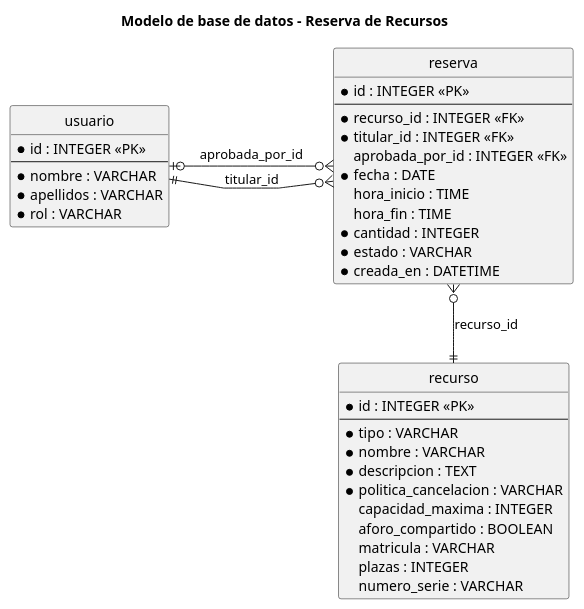
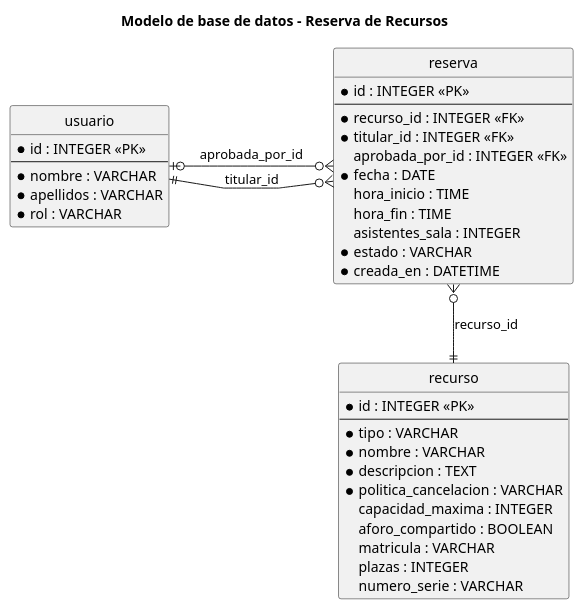
Before and after one commit to QudeCode/prueba-raul-app2you: the diagram in docs/diagramas/modelo_bd.puml, drawn with PlantUML. The commit also changed 4 other files, not shown here.

```diff
--- a/docs/diagramas/modelo_bd.puml
+++ b/docs/diagramas/modelo_bd.puml
@@ -1,49 +1,49 @@
 @startuml modelo_bd
 title Modelo de base de datos - Reserva de Recursos
 
 hide circle
 skinparam linetype polyline
 skinparam nodesep 60
 skinparam ranksep 60
 
 entity usuario {
   * id : INTEGER <<PK>>
   --
   * nombre : VARCHAR
   * apellidos : VARCHAR
   * rol : VARCHAR
 }
 
 entity recurso {
   * id : INTEGER <<PK>>
   --
   * tipo : VARCHAR
   * nombre : VARCHAR
   * descripcion : TEXT
   * politica_cancelacion : VARCHAR
   capacidad_maxima : INTEGER
   aforo_compartido : BOOLEAN
   matricula : VARCHAR
   plazas : INTEGER
   numero_serie : VARCHAR
 }
 
 entity reserva {
   * id : INTEGER <<PK>>
   --
   * recurso_id : INTEGER <<FK>>
   * titular_id : INTEGER <<FK>>
   aprobada_por_id : INTEGER <<FK>>
   * fecha : DATE
   hora_inicio : TIME
   hora_fin : TIME
-  * cantidad : INTEGER
+  asistentes_sala : INTEGER
   * estado : VARCHAR
   * creada_en : DATETIME
 }
 
 reserva }o-down-|| recurso : recurso_id
 reserva }o-left-|| usuario : titular_id
 reserva }o-left-o| usuario : aprobada_por_id
 
 @enduml
```
